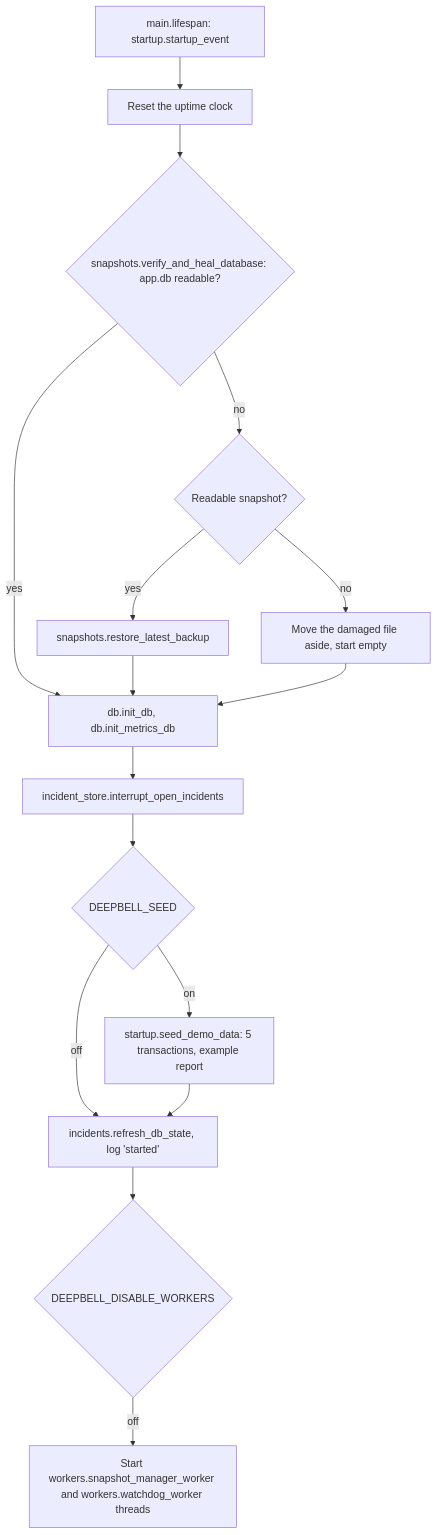
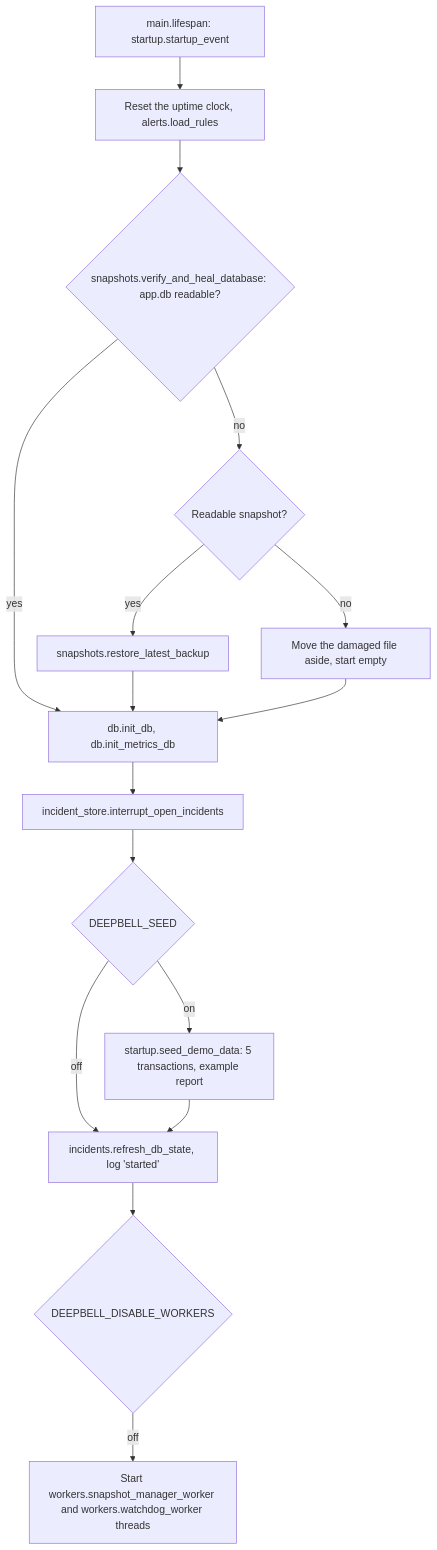
The seventh of 11 diagrams in docs/process-flows.md (vishnuatgit/DeepBell), drawn with Mermaid before and after one commit. The commit also changed other lines of this file and 6 other files, not shown here.

````diff
--- a/docs/process-flows.md
+++ b/docs/process-flows.md
@@ -245,16 +245,16 @@
 ```mermaid
 flowchart TD
-    A[main.lifespan: startup.startup_event] --> B[Reset the uptime clock]
+    A[main.lifespan: startup.startup_event] --> B[Reset the uptime clock, alerts.load_rules]
     B --> C{"snapshots.verify_and_heal_database: app.db readable?"}
     C -- yes --> D[db.init_db, db.init_metrics_db]
     C -- no --> E{Readable snapshot?}
     E -- yes --> F[snapshots.restore_latest_backup] --> D
     E -- no --> G[Move the damaged file aside, start empty] --> D
     D --> H[incident_store.interrupt_open_incidents]
     H --> I{DEEPBELL_SEED}
     I -- on --> J["startup.seed_demo_data: 5 transactions, example report"]
     I -- off --> K
     J --> K[incidents.refresh_db_state, log 'started']
     K --> L{DEEPBELL_DISABLE_WORKERS}
     L -- off --> M[Start workers.snapshot_manager_worker and workers.watchdog_worker threads]
 ```
````
